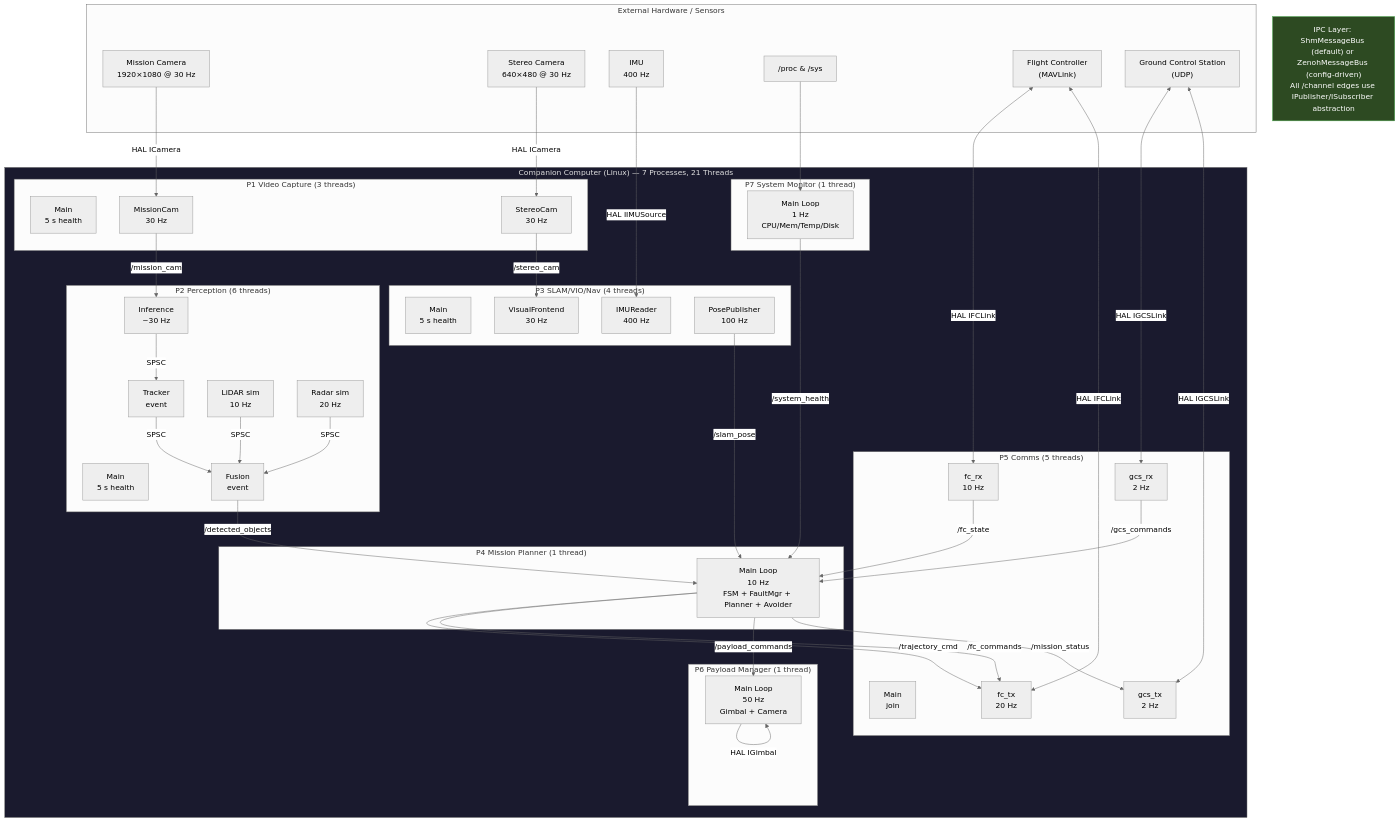
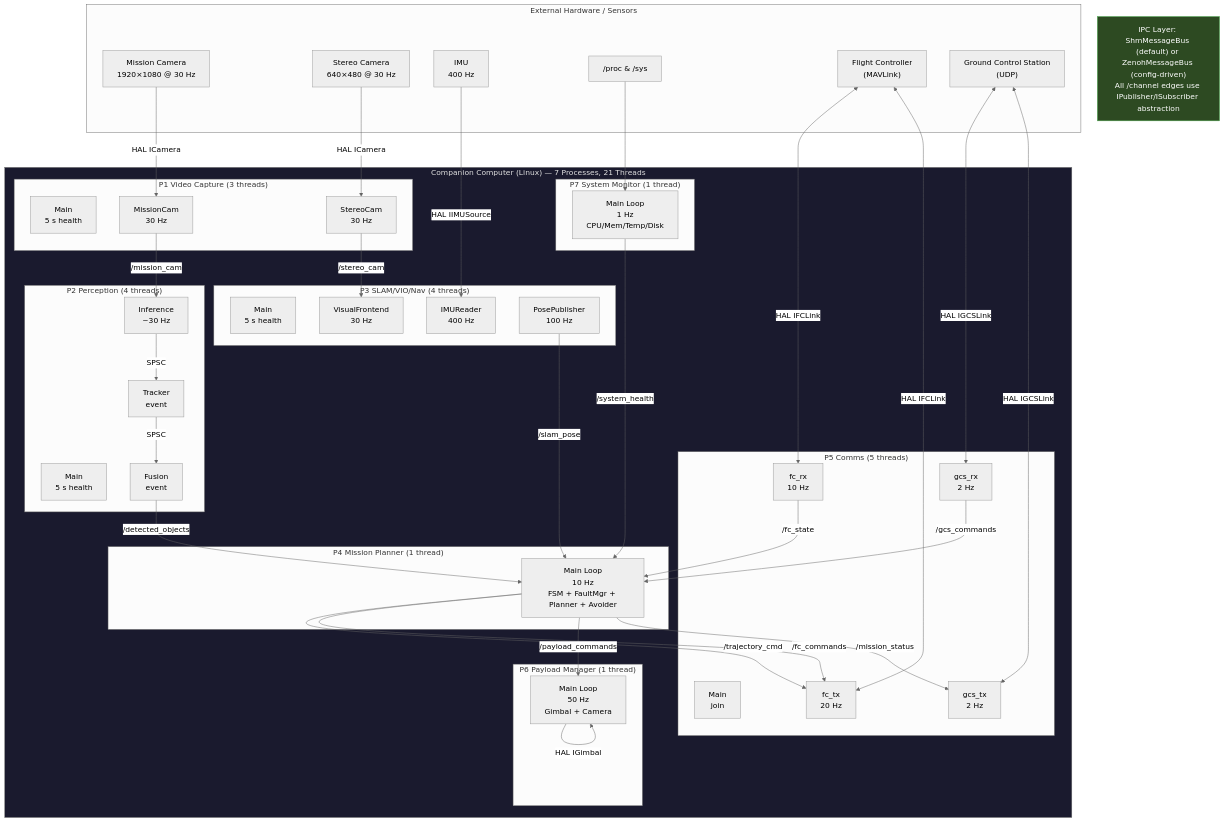
The first of 9 diagrams in README.md (nmohamaya/companion_software_stack), drawn with Mermaid (neutral theme) before and after one commit. The commit also changed other lines of this file and 28 other files, not shown here.

First line of the commit message:
docs(#140): design docs for all 7 processes + IPC internals; remove lidar/radar remnants

```diff
--- a/README.md
+++ b/README.md
@@ -27,12 +27,10 @@
             P1_stereo["StereoCam<br/>30 Hz"]
         end
 
-        subgraph P2["P2 Perception (6 threads)"]
+        subgraph P2["P2 Perception (4 threads)"]
             P2_main["Main<br/>5 s health"]
             P2_infer["Inference<br/>~30 Hz"]
             P2_track["Tracker<br/>event"]
-            P2_lidar["LiDAR sim<br/>10 Hz"]
-            P2_radar["Radar sim<br/>20 Hz"]
             P2_fuse["Fusion<br/>event"]
         end
 
@@ -77,8 +75,6 @@
     P1_stereo -->|"/stereo_cam"| P3_vfe
     P2_infer -->|SPSC| P2_track
     P2_track -->|SPSC| P2_fuse
-    P2_lidar -->|SPSC| P2_fuse
-    P2_radar -->|SPSC| P2_fuse
     P2_fuse -->|"/detected_objects"| P4_main
     P3_pose -->|"/slam_pose"| P4_main
     P5_fcrx -->|"/fc_state"| P4_main
```
